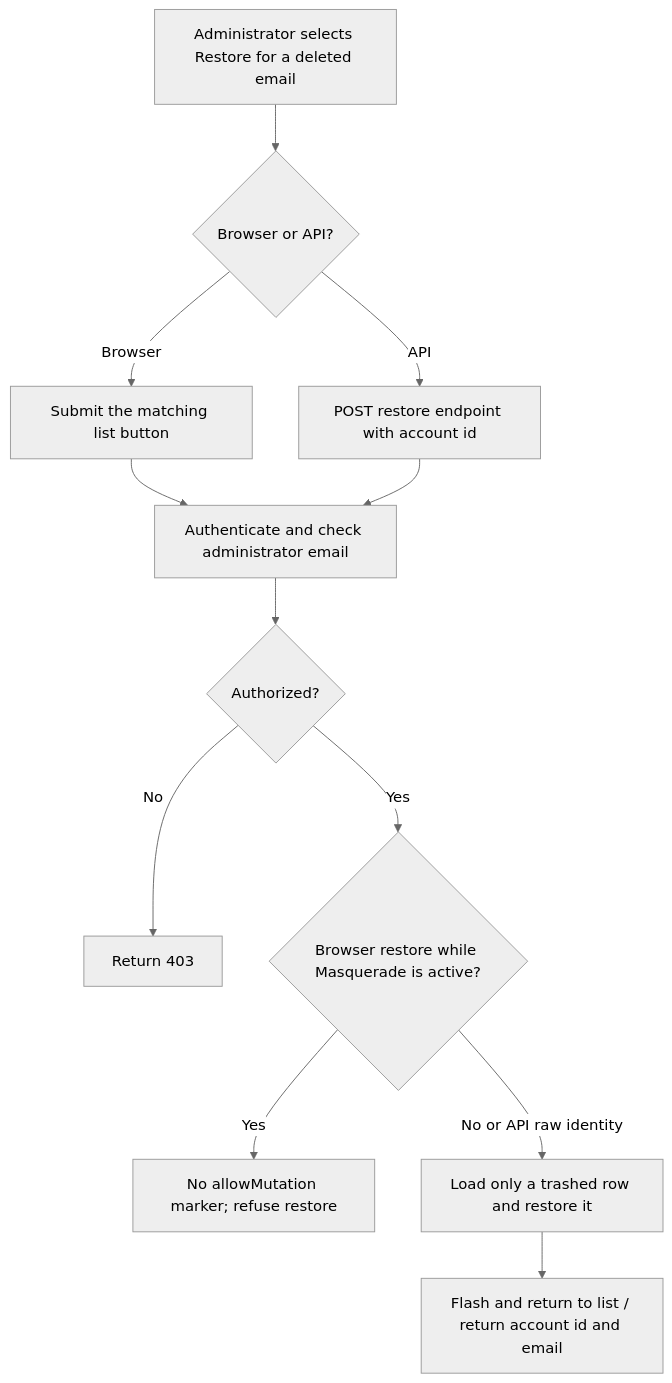
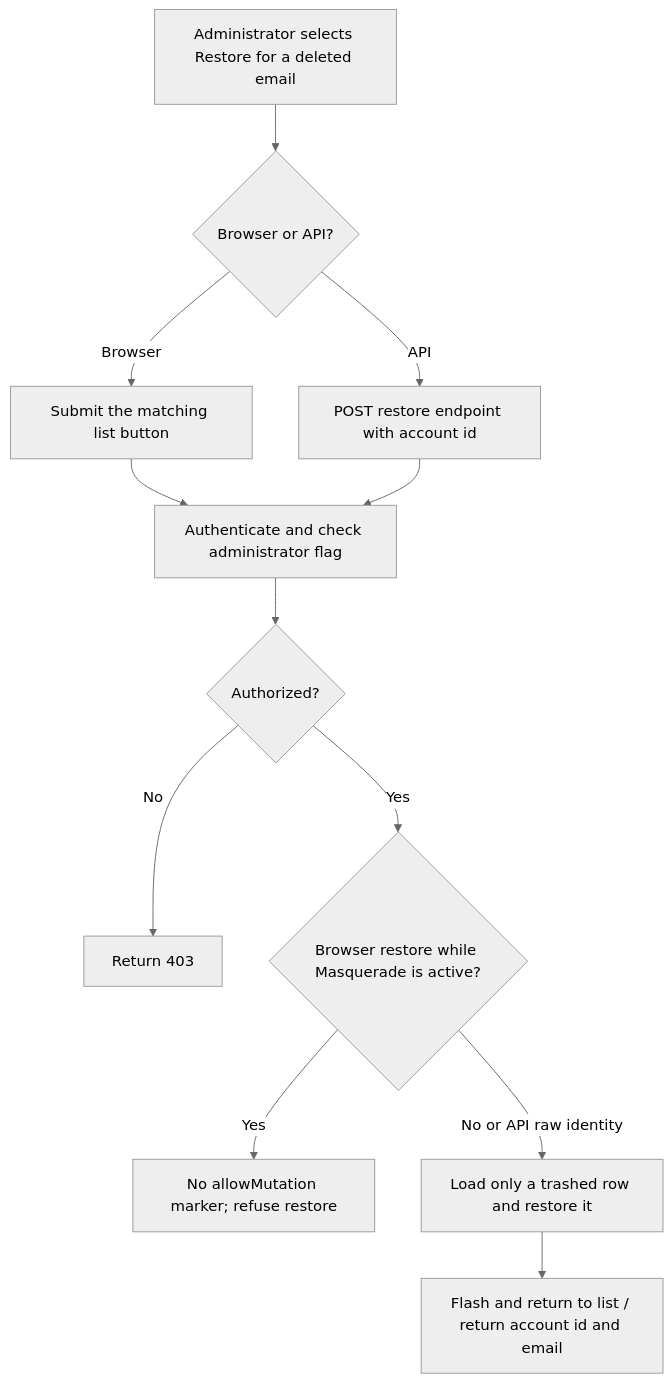
One commit to Kevinjohn/oss-adonisjs-starter-examples changed the first of 2 diagrams in user-stories/soft-delete/us-delete-03-restore-deleted-account.md. Above: the diagram before and after it, drawn with Mermaid (neutral theme). The commit also changed other lines of this file and 107 other files, not shown here.

````diff
--- a/user-stories/soft-delete/us-delete-03-restore-deleted-account.md
+++ b/user-stories/soft-delete/us-delete-03-restore-deleted-account.md
@@ -22,14 +22,14 @@
 ```mermaid
 flowchart TD
     A["Administrator selects Restore for a deleted email"] --> B{"Browser or API?"}
     B -->|Browser| C["Submit the matching list button"]
     B -->|API| D["POST restore endpoint with account id"]
-    C --> E["Authenticate and check administrator email"]
+    C --> E["Authenticate and check administrator flag"]
     D --> E
     E --> F{"Authorized?"}
     F -->|No| G["Return 403"]
     F -->|Yes| H{"Browser restore while Masquerade is active?"}
     H -->|Yes| I["No allowMutation marker; refuse restore"]
     H -->|No or API raw identity| J["Load only a trashed row and restore it"]
     J --> K["Flash and return to list / return account id and email"]
 ```
````
